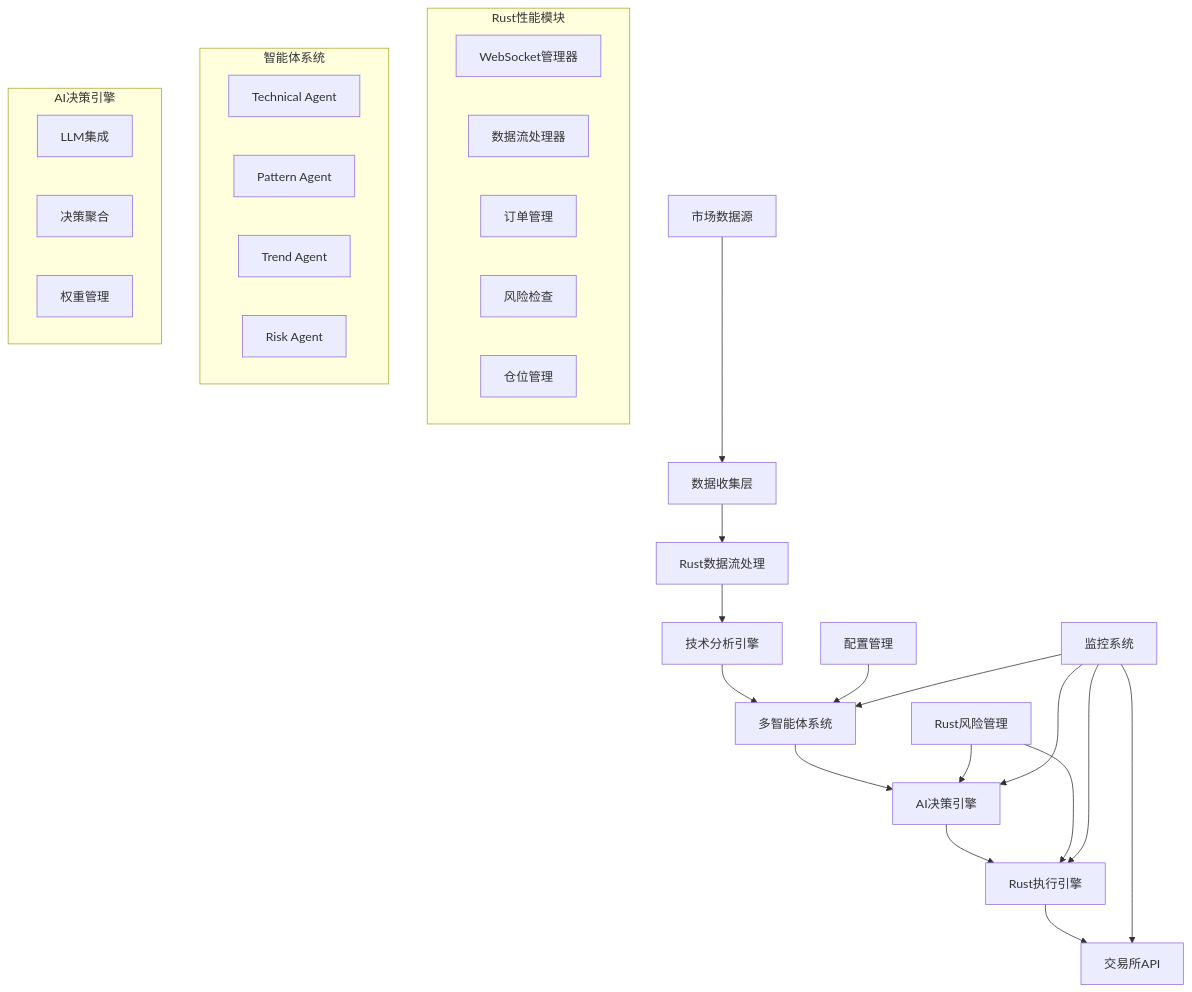
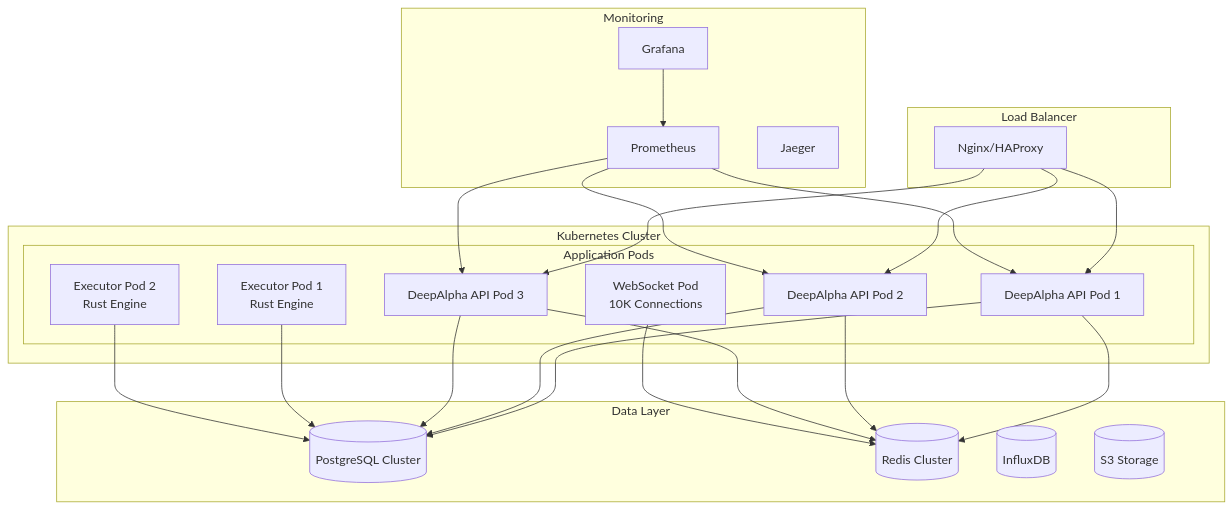
One commit to zcxGGmu/DeepAlpha changed the second of 2 diagrams in README.md. Above: the diagram before and after it, drawn with Mermaid. The commit also changed other lines of this file and 2 other files, not shown here.

````diff
--- a/README.md
+++ b/README.md
@@ -161,39 +340,47 @@
 ```mermaid
 graph TB
-    A[市场数据源] --> B[数据收集层]
-    B --> C[Rust数据流处理]
-    C --> D[技术分析引擎]
-    D --> E[多智能体系统]
-    E --> F[AI决策引擎]
-    F --> G[Rust执行引擎]
-    G --> H[交易所API]
-
-    I[配置管理] --> E
-    J[Rust风险管理] --> F
-    J --> G
-    K[监控系统] --> E
-    K --> F
-    K --> G
-    K --> H
-
-    subgraph "Rust性能模块"
-        C1[WebSocket管理器]
-        C2[数据流处理器]
-        G1[订单管理]
-        G2[风险检查]
-        G3[仓位管理]
+    subgraph "Load Balancer"
+        LB[Nginx/HAProxy]
     end
 
-    subgraph "智能体系统"
-        E1[Technical Agent]
-        E2[Pattern Agent]
-        E3[Trend Agent]
-        E4[Risk Agent]
+    subgraph "Kubernetes Cluster"
+        subgraph "Application Pods"
+            API1[DeepAlpha API Pod 1]
+            API2[DeepAlpha API Pod 2]
+            API3[DeepAlpha API Pod 3]
+            EX1[Executor Pod 1<br/>Rust Engine]
+            EX2[Executor Pod 2<br/>Rust Engine]
+            WS1[WebSocket Pod<br/>10K Connections]
+        end
     end
 
-    subgraph "AI决策引擎"
-        F1[LLM集成]
-        F2[决策聚合]
-        F3[权重管理]
+    subgraph "Data Layer"
+        PG[(PostgreSQL Cluster)]
+        RD[(Redis Cluster)]
+        ID[(InfluxDB)]
+        S3[(S3 Storage)]
     end
+
+    subgraph "Monitoring"
+        PROM[Prometheus]
+        GRAF[Grafana]
+        JAE[Jaeger]
+    end
+
+    LB --> API1
+    LB --> API2
+    LB --> API3
+    API1 --> PG
+    API2 --> PG
+    API3 --> PG
+    API1 --> RD
+    API2 --> RD
+    API3 --> RD
+    EX1 --> PG
+    EX2 --> PG
+    WS1 --> RD
+    PROM --> API1
+    PROM --> API2
+    PROM --> API3
+    GRAF --> PROM
 ```
````
